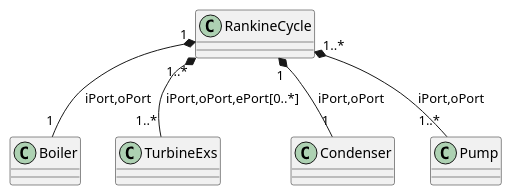
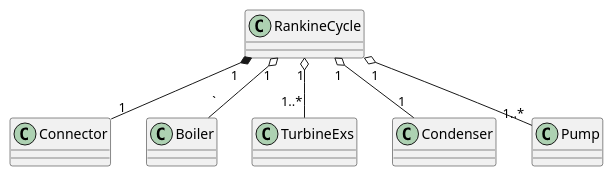
Before and after one commit to thermalogic/PyRankine: the diagram in uml/RankineCycle_Device.puml, drawn with PlantUML. The commit also changed 10 other files, not shown here.

```diff
--- a/uml/RankineCycle_Device.puml
+++ b/uml/RankineCycle_Device.puml
@@ -1,6 +1,7 @@
 @startuml
-RankineCycle "1" *-- "1" Boiler: iPort,oPort
-RankineCycle "1..*" *-- "1..*" TurbineExs: iPort,oPort,ePort[0..*]
-RankineCycle "1" *-- "1" Condenser: iPort,oPort
-RankineCycle "1..*" *-- "1..*" Pump: iPort,oPort
+RankineCycle "1" *-- "1" Connector
+RankineCycle "1" o-- "`" Boiler
+RankineCycle "1" o-- "1..*" TurbineExs
+RankineCycle "1" o-- "1" Condenser
+RankineCycle "1" o-- "1..*" Pump
 @enduml
```
